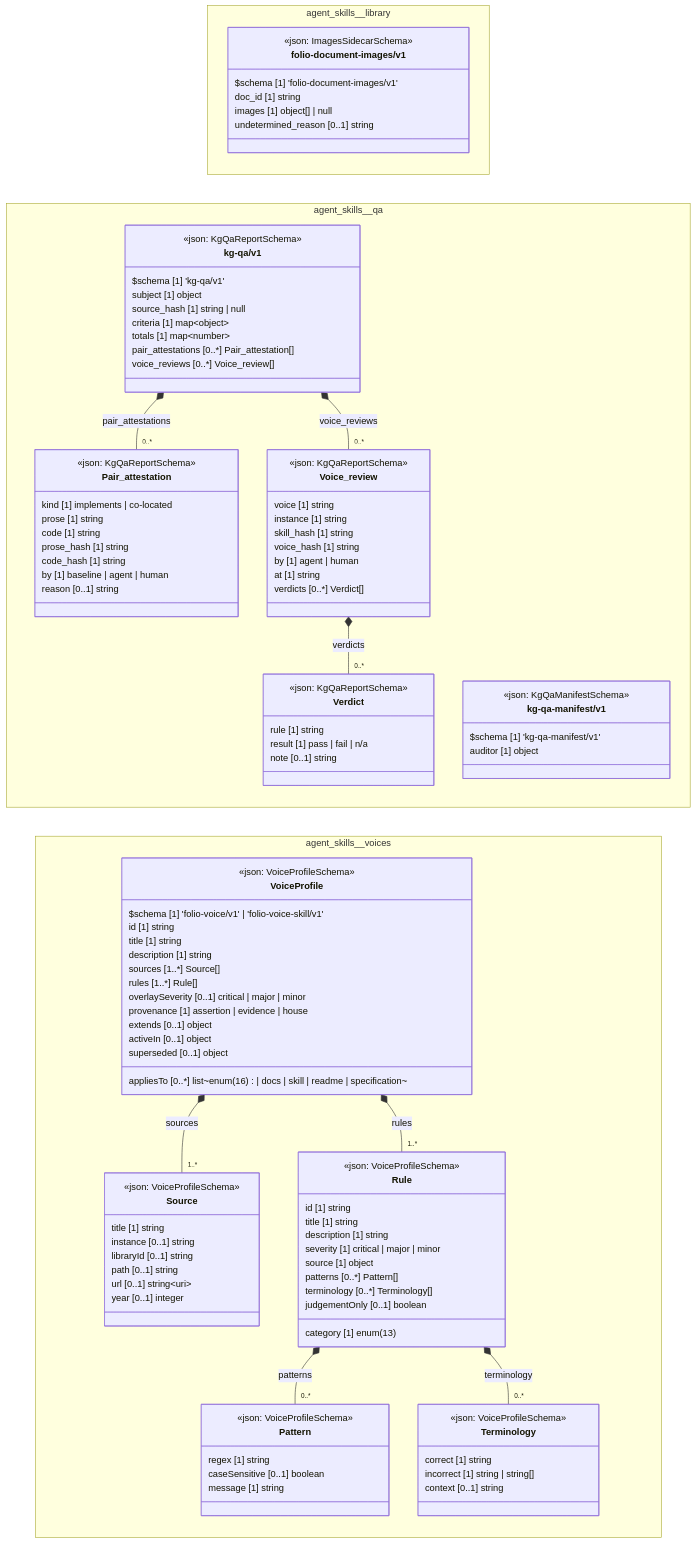
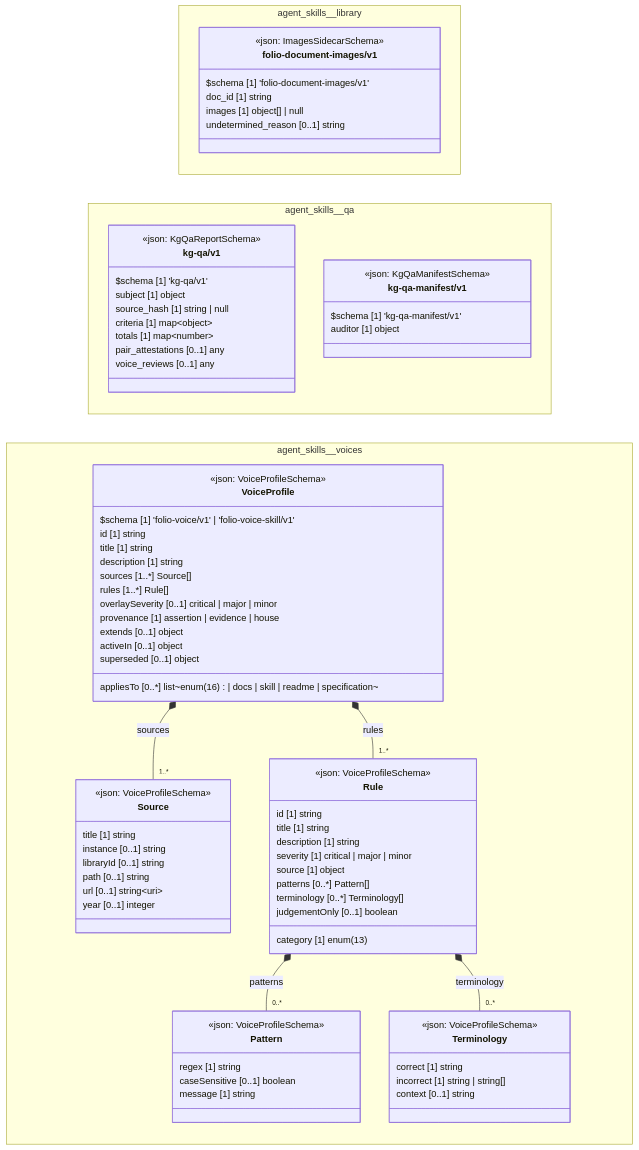
Before and after one commit to litlfred/folio-assistant: the diagram in cat-harness/docs/uml/overview/agent-skills.md, drawn with Mermaid. The commit also changed 234 other files, not shown here.

```diff
--- a/cat-harness/docs/uml/overview/agent-skills.md
+++ b/cat-harness/docs/uml/overview/agent-skills.md
@@ -56,32 +56,6 @@
     }
   }
   namespace agent_skills__qa {
-    class agent_skills_qa_kg_qa_v1_Pair_attestation["Pair_attestation"] {
-      <<json: KgQaReportSchema>>
-      kind [1] implements | co-located
-      prose [1] string
-      code [1] string
-      prose_hash [1] string
-      code_hash [1] string
-      by [1] baseline | agent | human
-      reason [0..1] string
-    }
-    class agent_skills_qa_kg_qa_v1_Verdict["Verdict"] {
-      <<json: KgQaReportSchema>>
-      rule [1] string
-      result [1] pass | fail | n/a
-      note [0..1] string
-    }
-    class agent_skills_qa_kg_qa_v1_Voice_review["Voice_review"] {
-      <<json: KgQaReportSchema>>
-      voice [1] string
-      instance [1] string
-      skill_hash [1] string
-      voice_hash [1] string
-      by [1] agent | human
-      at [1] string
-      verdicts [0..*] Verdict[]
-    }
     class agent_skills_qa_kg_qa_v1_kg_qa_v1["kg-qa/v1"] {
       <<json: KgQaReportSchema>>
       $schema [1] 'kg-qa/v1'
@@ -89,8 +63,8 @@
       source_hash [1] string | null
       criteria [1] map~object~
       totals [1] map~number~
-      pair_attestations [0..*] Pair_attestation[]
-      voice_reviews [0..*] Voice_review[]
+      pair_attestations [0..1] any
+      voice_reviews [0..1] any
     }
     class agent_skills_qa_kg_qa_manifest_v1_kg_qa_manifest_v1["kg-qa-manifest/v1"] {
       <<json: KgQaManifestSchema>>
@@ -149,12 +123,6 @@
     }
   }
   cssClass "agent_skills_library_folio_document_images_v1_folio_document_images_v1" fa_uml_kind_library
-  agent_skills_qa_kg_qa_v1_kg_qa_v1 *-- "0..*" agent_skills_qa_kg_qa_v1_Pair_attestation : pair_attestations
-  agent_skills_qa_kg_qa_v1_Voice_review *-- "0..*" agent_skills_qa_kg_qa_v1_Verdict : verdicts
-  agent_skills_qa_kg_qa_v1_kg_qa_v1 *-- "0..*" agent_skills_qa_kg_qa_v1_Voice_review : voice_reviews
-  cssClass "agent_skills_qa_kg_qa_v1_Pair_attestation" fa_uml_kind_qa
-  cssClass "agent_skills_qa_kg_qa_v1_Verdict" fa_uml_kind_qa
-  cssClass "agent_skills_qa_kg_qa_v1_Voice_review" fa_uml_kind_qa
   cssClass "agent_skills_qa_kg_qa_v1_kg_qa_v1" fa_uml_kind_qa
   cssClass "agent_skills_qa_kg_qa_manifest_v1_kg_qa_manifest_v1" fa_uml_kind_qa
   agent_skills_voices_VoiceProfile *-- "1..*" agent_skills_voices_Source : sources
```
